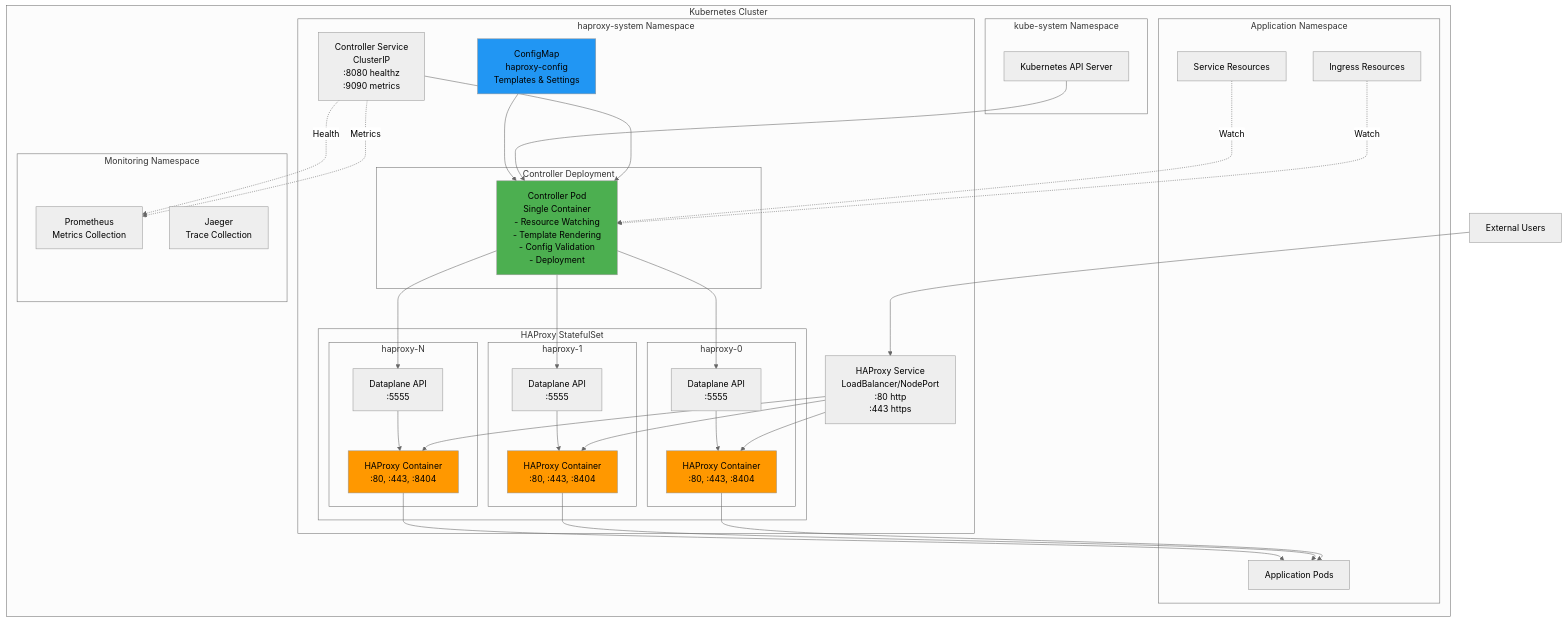
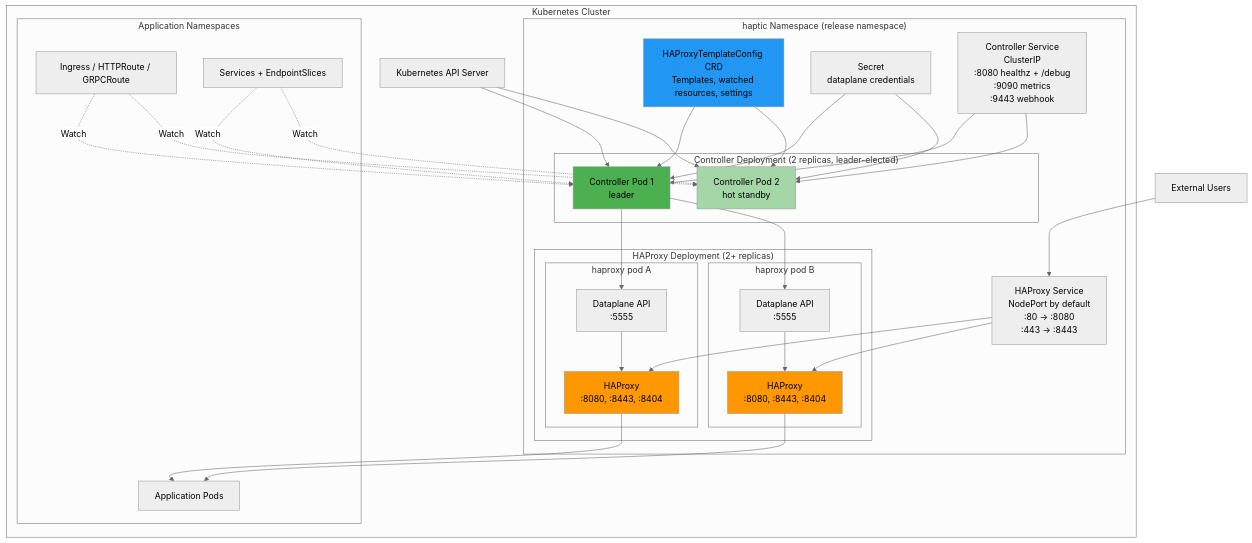
Before and after one commit to HAProxy-Template-IC/haproxy-template-ingress-controller: the first of 3 diagrams in docs/controller/docs/development/design/deployment.md, drawn with Mermaid (neutral theme). The commit also changed other lines of this file and 71 other files, not shown here.

Commit message:
docs: fix drift and align with current CRD, metrics, and chart defaults

````diff
--- a/docs/controller/docs/development/design/deployment.md
+++ b/docs/controller/docs/development/design/deployment.md
@@ -5,80 +5,61 @@
 ```mermaid
 graph TB
     subgraph "Kubernetes Cluster"
-        subgraph "kube-system Namespace"
-            API[Kubernetes API Server]
-        end
+        API[Kubernetes API Server]
 
-        subgraph "haproxy-system Namespace"
-            subgraph "Controller Deployment"
-                CTRL_POD[Controller Pod<br/>Single Container<br/>- Resource Watching<br/>- Template Rendering<br/>- Config Validation<br/>- Deployment]
+        subgraph "haptic Namespace (release namespace)"
+            subgraph "Controller Deployment (2 replicas, leader-elected)"
+                CTRL1[Controller Pod 1<br/>leader]
+                CTRL2[Controller Pod 2<br/>hot standby]
             end
 
-            CM[ConfigMap<br/>haproxy-config<br/>Templates & Settings]
+            HTPLCFG[HAProxyTemplateConfig CRD<br/>Templates, watched resources, settings]
+            CREDS[Secret<br/>dataplane credentials]
 
-            CTRL_SVC[Controller Service<br/>ClusterIP<br/>:8080 healthz<br/>:9090 metrics]
+            CTRL_SVC[Controller Service<br/>ClusterIP<br/>:8080 healthz + /debug<br/>:9090 metrics<br/>:9443 webhook]
 
-            subgraph "HAProxy StatefulSet"
-                subgraph "haproxy-0"
-                    HAP1[HAProxy Container<br/>:80, :443, :8404]
+            subgraph "HAProxy Deployment (2+ replicas)"
+                subgraph "haproxy pod A"
+                    HAP1[HAProxy<br/>:8080, :8443, :8404]
                     DP1[Dataplane API<br/>:5555]
                 end
-
-                subgraph "haproxy-1"
-                    HAP2[HAProxy Container<br/>:80, :443, :8404]
+                subgraph "haproxy pod B"
+                    HAP2[HAProxy<br/>:8080, :8443, :8404]
                     DP2[Dataplane API<br/>:5555]
-                end
-
-                subgraph "haproxy-N"
-                    HAPN[HAProxy Container<br/>:80, :443, :8404]
-                    DPN[Dataplane API<br/>:5555]
                 end
             end
 
-            HAP_SVC[HAProxy Service<br/>LoadBalancer/NodePort<br/>:80 http<br/>:443 https]
+            HAP_SVC[HAProxy Service<br/>NodePort by default<br/>:80 → :8080<br/>:443 → :8443]
         end
 
-        subgraph "Application Namespace"
-            ING[Ingress Resources]
-            APPSVC[Service Resources]
+        subgraph "Application Namespaces"
+            ING[Ingress / HTTPRoute / GRPCRoute]
+            APPSVC[Services + EndpointSlices]
             PODS[Application Pods]
-        end
-
-        subgraph "Monitoring Namespace"
-            PROM[Prometheus<br/>Metrics Collection]
-            JAEGER[Jaeger<br/>Trace Collection]
         end
     end
 
     USERS[External Users] --> HAP_SVC
     HAP_SVC --> HAP1
     HAP_SVC --> HAP2
-    HAP_SVC --> HAPN
 
-    CTRL_SVC --> CTRL_POD
-    API --> CTRL_POD
-    CM --> CTRL_POD
-    ING -.Watch.-> CTRL_POD
-    APPSVC -.Watch.-> CTRL_POD
+    CTRL_SVC --> CTRL1 & CTRL2
+    API --> CTRL1 & CTRL2
+    HTPLCFG --> CTRL1 & CTRL2
+    CREDS --> CTRL1 & CTRL2
+    ING -.Watch.-> CTRL1 & CTRL2
+    APPSVC -.Watch.-> CTRL1 & CTRL2
 
-    CTRL_POD --> DP1
-    CTRL_POD --> DP2
-    CTRL_POD --> DPN
-
+    CTRL1 --> DP1 & DP2
     DP1 --> HAP1
     DP2 --> HAP2
-    DPN --> HAPN
 
     HAP1 --> PODS
     HAP2 --> PODS
-    HAPN --> PODS
 
-    CTRL_SVC -.Metrics.-> PROM
-    CTRL_SVC -.Health.-> PROM
-
-    style CTRL_POD fill:#4CAF50
+    style CTRL1 fill:#4CAF50
+    style CTRL2 fill:#A5D6A7
     style HAP1 fill:#FF9800
     style HAP2 fill:#FF9800
-    style HAPN fill:#FF9800
-    style CM fill:#2196F3
+    style HTPLCFG fill:#2196F3
 ```
````
